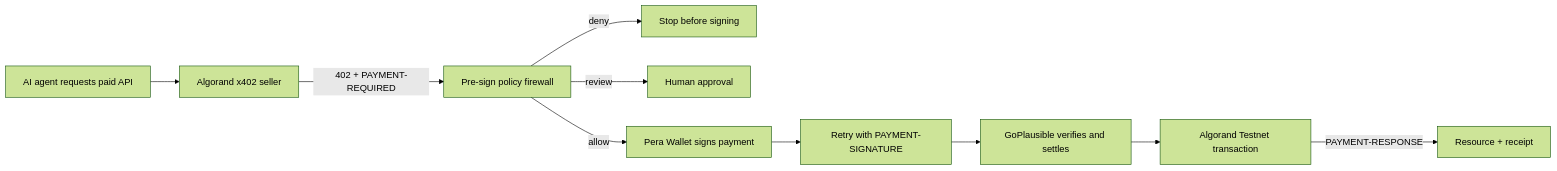
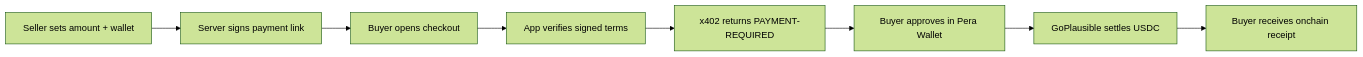
The diagram in README.md (FeeeeelixWong/agentpay-firewall), drawn with Mermaid (forest theme) before and after one commit. The commit also changed other lines of this file and 12 other files, not shown here.

Commit message:
Add seller-created x402 payment links

````diff
--- a/README.md
+++ b/README.md
@@ -47,12 +16,10 @@
 ```mermaid
 flowchart LR
-  A["AI agent requests paid API"] --> B["Algorand x402 seller"]
-  B -->|"402 + PAYMENT-REQUIRED"| C["Pre-sign policy firewall"]
-  C -->|"deny"| D["Stop before signing"]
-  C -->|"review"| E["Human approval"]
-  C -->|"allow"| F["Pera Wallet signs payment"]
-  F --> G["Retry with PAYMENT-SIGNATURE"]
-  G --> H["GoPlausible verifies and settles"]
-  H --> I["Algorand Testnet transaction"]
-  I -->|"PAYMENT-RESPONSE"| J["Resource + receipt"]
+  S["Seller sets amount + wallet"] --> L["Server signs payment link"]
+  L --> B["Buyer opens checkout"]
+  B --> V["App verifies signed terms"]
+  V --> C["x402 returns PAYMENT-REQUIRED"]
+  C --> W["Buyer approves in Pera Wallet"]
+  W --> F["GoPlausible settles USDC"]
+  F --> R["Buyer receives onchain receipt"]
 ```
````
